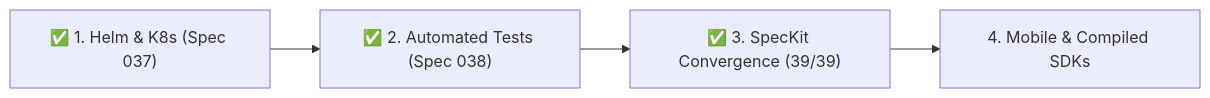
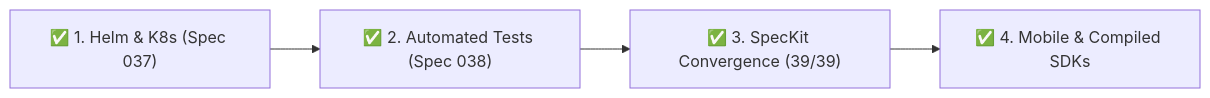
Before and after one commit to malah-code/flagmanagment: the diagram in docs/PROJECT_STATUS.md, drawn with Mermaid. The commit also changed other lines of this file and 8 other files, not shown here.

````diff
--- a/docs/PROJECT_STATUS.md
+++ b/docs/PROJECT_STATUS.md
@@ -123,6 +123,6 @@
 ```mermaid
 flowchart LR
     P1["✅ 1. Helm & K8s (Spec 037)"] --> P2["✅ 2. Automated Tests (Spec 038)"]
     P2 --> P3["✅ 3. SpecKit Convergence (39/39)"]
-    P3 --> P4["4. Mobile & Compiled SDKs"]
+    P3 --> P4["✅ 4. Mobile & Compiled SDKs"]
 ```
````
